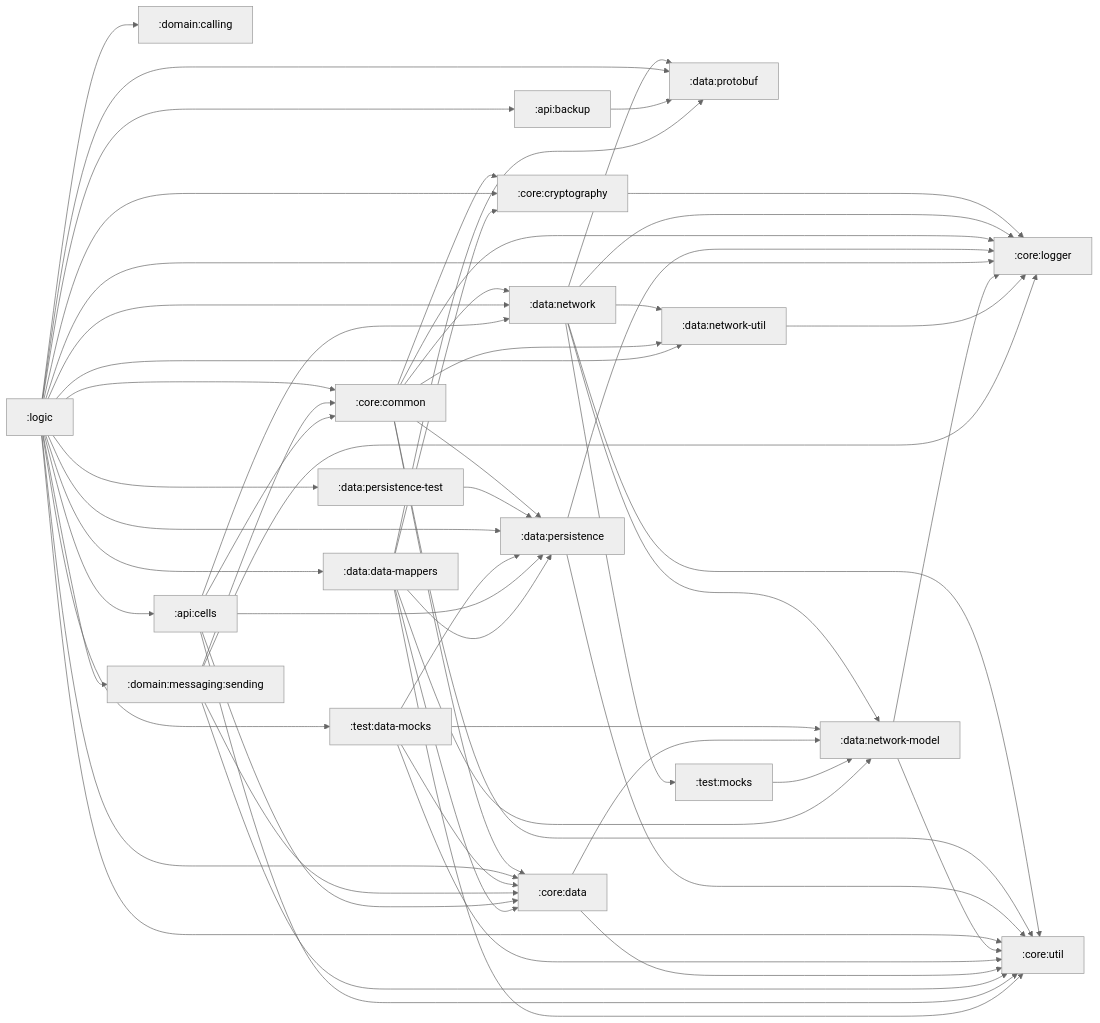
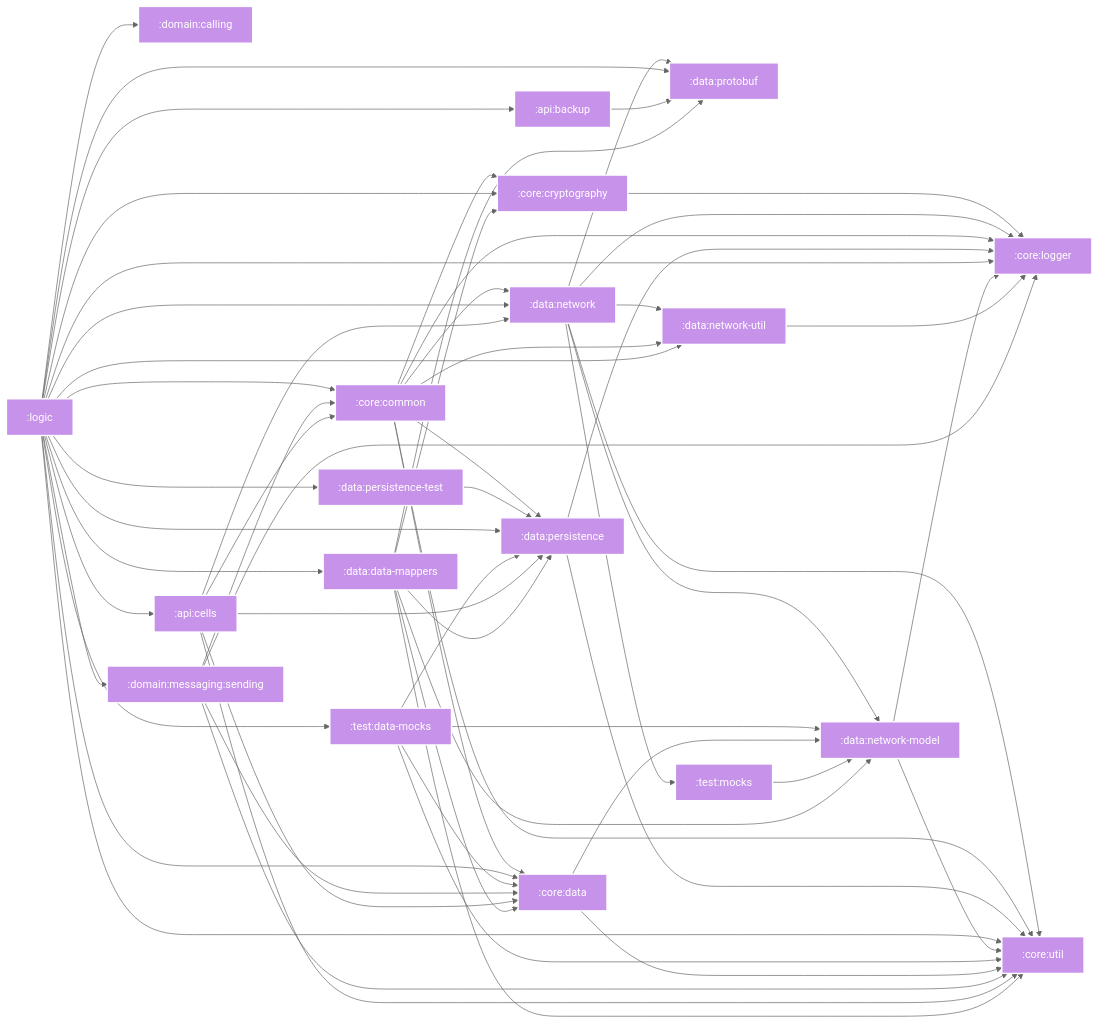
Before and after one commit to wireapp/kalium: the diagram in README.md, drawn with Mermaid. The commit also changed 1 other file, not shown here.

Commit message:
refactor: dependency graph updated

````diff
--- a/README.md
+++ b/README.md
@@ -193,4 +193,26 @@
   :data:data-mappers --> :core:cryptography
   :data:data-mappers --> :data:network-model
   :data:data-mappers --> :core:util
+
+classDef kotlin-multiplatform fill:#C792EA,stroke:#fff,stroke-width:2px,color:#fff;
+class :core:cryptography kotlin-multiplatform
+class :core:logger kotlin-multiplatform
+class :data:network kotlin-multiplatform
+class :data:network-model kotlin-multiplatform
+class :data:protobuf kotlin-multiplatform
+class :core:util kotlin-multiplatform
+class :data:network-util kotlin-multiplatform
+class :test:mocks kotlin-multiplatform
+class :core:common kotlin-multiplatform
+class :core:data kotlin-multiplatform
+class :data:persistence kotlin-multiplatform
+class :data:persistence-test kotlin-multiplatform
+class :logic kotlin-multiplatform
+class :domain:calling kotlin-multiplatform
+class :data:data-mappers kotlin-multiplatform
+class :api:cells kotlin-multiplatform
+class :api:backup kotlin-multiplatform
+class :domain:messaging:sending kotlin-multiplatform
+class :test:data-mocks kotlin-multiplatform
+
 ```
````
